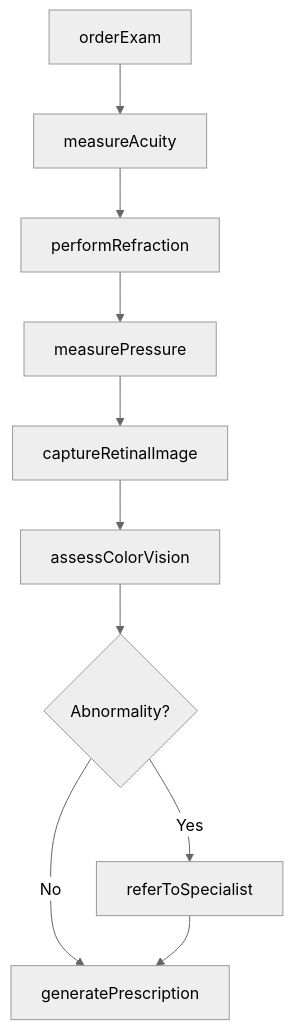
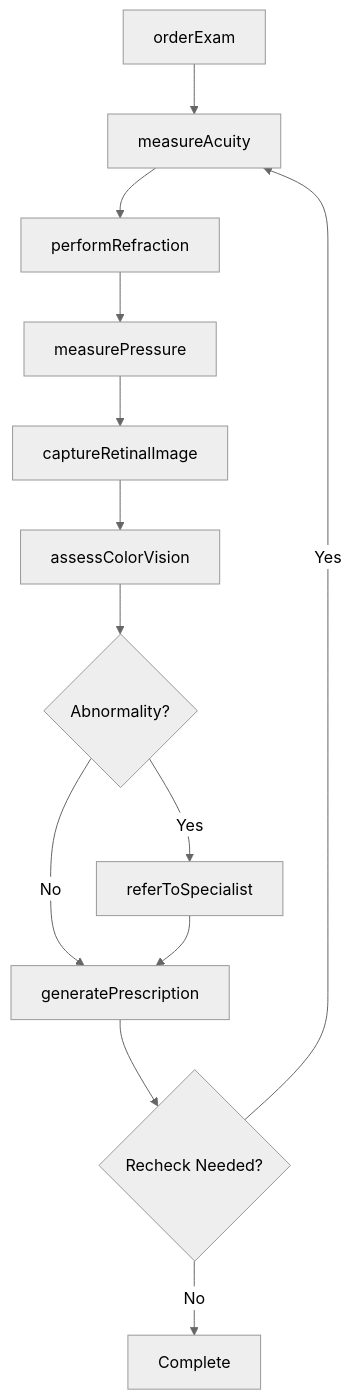
Before and after one commit to dot-org-ai/tasks.org.ai: the third of 4 diagrams in InspectingEquipmentStructuresOrMaterials/AdministerDiagnosticTestsToAssessPatientHealth/TestPatientVision.mdx, drawn with Mermaid (neutral theme). The commit also changed other lines of this file and 504 other files, not shown here.

First line of the commit message:
feat: Add ER diagrams, state diagrams, and workflow improvements to 96 DWA task files

````diff
--- a/InspectingEquipmentStructuresOrMaterials/AdministerDiagnosticTestsToAssessPatientHealth/TestPatientVision.mdx
+++ b/InspectingEquipmentStructuresOrMaterials/AdministerDiagnosticTestsToAssessPatientHealth/TestPatientVision.mdx
@@ -92,12 +122,15 @@
 ```mermaid
 graph TD
     A[orderExam] --> B[measureAcuity]
     B --> C[performRefraction]
     C --> D[measurePressure]
     D --> E[captureRetinalImage]
     E --> F[assessColorVision]
     F --> G{Abnormality?}
     G -->|Yes| H[referToSpecialist]
     G -->|No| I[generatePrescription]
     H --> I
+    I --> J{Recheck Needed?}
+    J -->|Yes| B
+    J -->|No| K[Complete]
 ```
````
